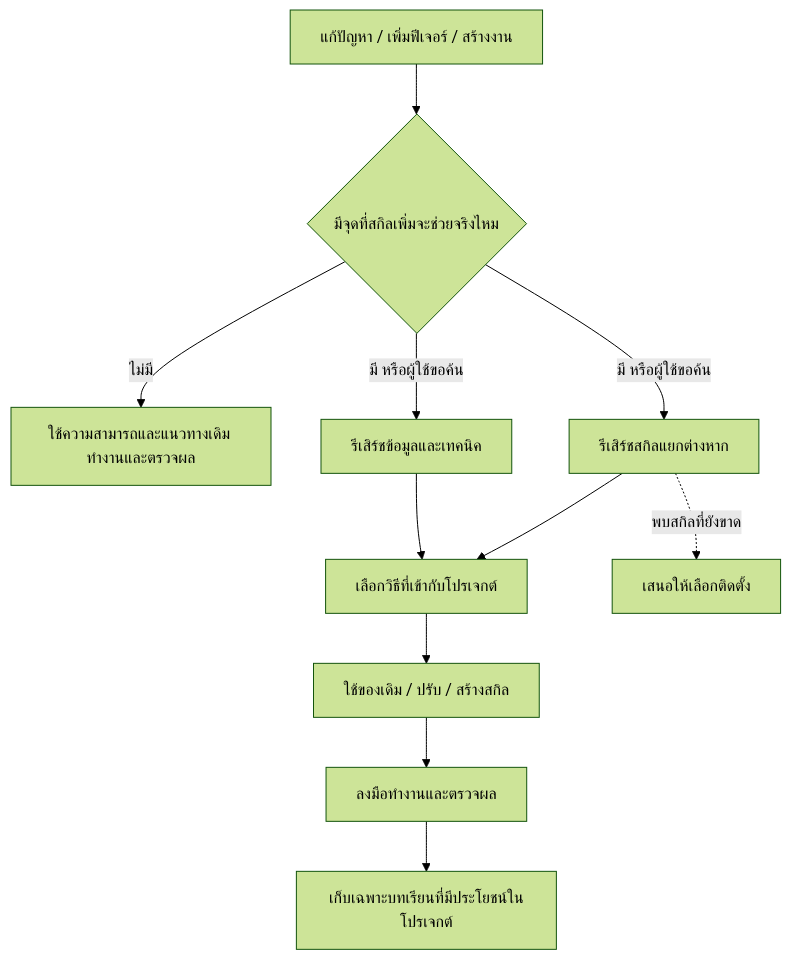
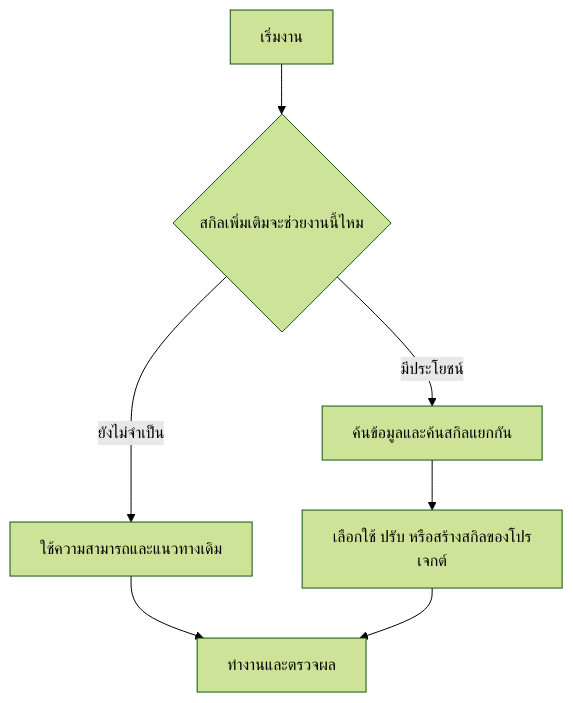
One commit to thefogusz/OneForAll changed the diagram in README.md. Above: the diagram before and after it, drawn with Mermaid (forest theme). The commit also changed other lines of this file and 3 other files, not shown here.

````diff
--- a/README.md
+++ b/README.md
@@ -28,13 +54,9 @@
 ```mermaid
 flowchart TD
-    A[แก้ปัญหา / เพิ่มฟีเจอร์ / สร้างงาน] --> B{มีจุดที่สกิลเพิ่มจะช่วยจริงไหม}
-    B -- ไม่มี --> G[ใช้ความสามารถและแนวทางเดิม ทำงานและตรวจผล]
-    B -- มี หรือผู้ใช้ขอค้น --> C[รีเสิร์ชข้อมูลและเทคนิค]
-    B -- มี หรือผู้ใช้ขอค้น --> D[รีเสิร์ชสกิลแยกต่างหาก]
-    C --> E[เลือกวิธีที่เข้ากับโปรเจกต์]
-    D --> E
-    E --> F[ใช้ของเดิม / ปรับ / สร้างสกิล]
-    F --> J[ลงมือทำงานและตรวจผล]
-    J --> H[เก็บเฉพาะบทเรียนที่มีประโยชน์ในโปรเจกต์]
-    D -. พบสกิลที่ยังขาด .-> I[เสนอให้เลือกติดตั้ง]
+    A[เริ่มงาน] --> B{สกิลเพิ่มเติมจะช่วยงานนี้ไหม}
+    B -- ยังไม่จำเป็น --> C[ใช้ความสามารถและแนวทางเดิม]
+    B -- มีประโยชน์ --> D[ค้นข้อมูลและค้นสกิลแยกกัน]
+    D --> E[เลือกใช้ ปรับ หรือสร้างสกิลของโปรเจกต์]
+    C --> F[ทำงานและตรวจผล]
+    E --> F
 ```
````
